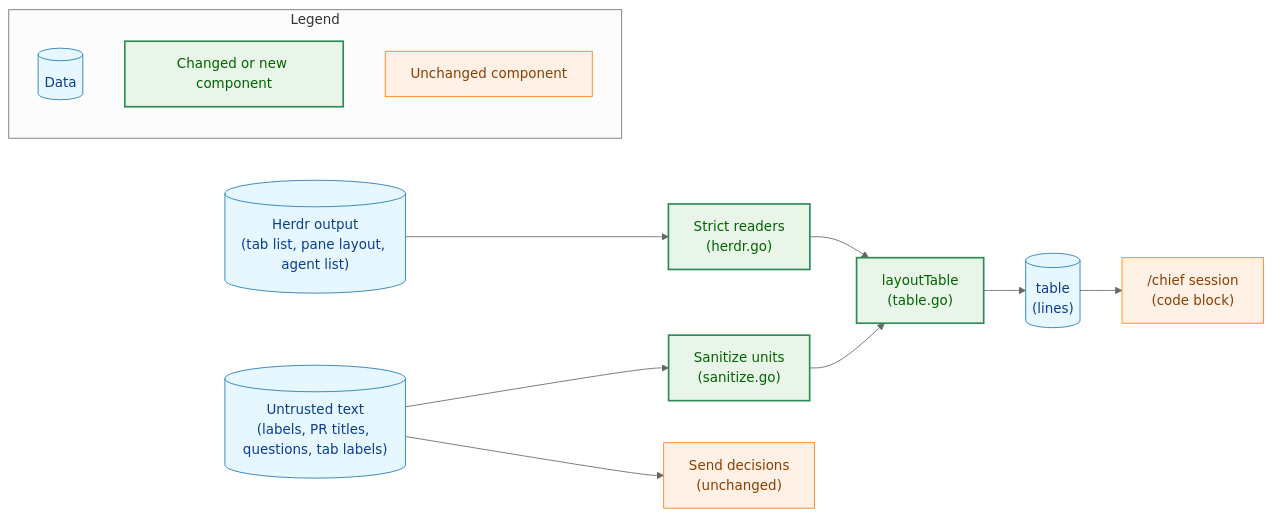
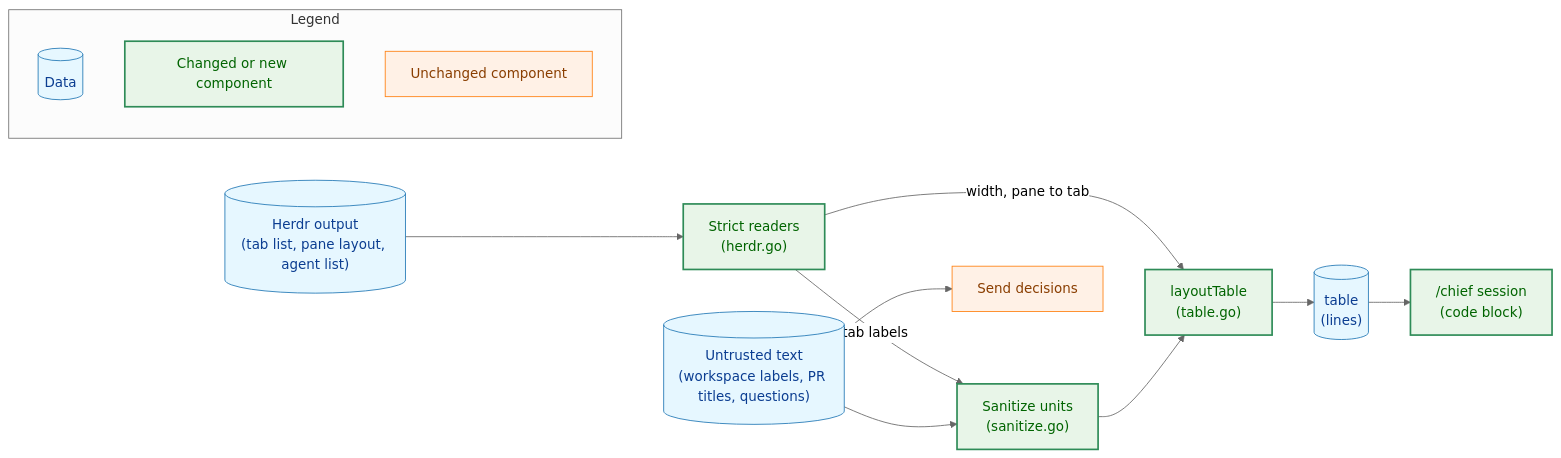
One commit to isseis/yt2column changed the fourth of 5 diagrams in docs/tasks/0102_chief_text_table/02_architecture.md. Above: the diagram before and after it, drawn with Mermaid (neutral theme). The commit also changed other lines of this file and 1 other file, not shown here.

First line of the commit message:
docs(0102): address the review of the architecture

````diff
--- a/docs/tasks/0102_chief_text_table/02_architecture.md
+++ b/docs/tasks/0102_chief_text_table/02_architecture.md
@@ -446,33 +498,35 @@
 ```mermaid
 flowchart LR
     classDef data fill:#e6f7ff,stroke:#1f77b4,stroke-width:1px,color:#0b3d91;
     classDef process fill:#fff1e6,stroke:#ff7f0e,stroke-width:1px,color:#8a3e00;
     classDef enhanced fill:#e8f5e8,stroke:#2e8b57,stroke-width:2px,color:#006400;
-    classDef problem fill:#ffe6e6,stroke:#d62728,stroke-width:2px,color:#7b0000;
 
-    EXT[("Untrusted text<br>(labels, PR titles, questions, tab labels)")]
+    EXT[("Untrusted text<br>(workspace labels, PR titles, questions)")]
     HOUT[("Herdr output<br>(tab list, pane layout, agent list)")]
     STRICT["Strict readers<br>(herdr.go)"]
     SAN["Sanitize units<br>(sanitize.go)"]
     LAY["layoutTable<br>(table.go)"]
     TBL[("table<br>(lines)")]
     SESSION["/chief session<br>(code block)"]
-    SEND["Send decisions<br>(unchanged)"]
+    SEND["Send decisions"]
 
-    HOUT --> STRICT --> LAY
+    HOUT --> STRICT
+    STRICT -->|"tab labels"| SAN
+    STRICT -->|"width, pane to tab"| LAY
     EXT --> SAN --> LAY --> TBL --> SESSION
     EXT --> SEND
 
     class EXT,HOUT,TBL data
     class STRICT,SAN,LAY enhanced
-    class SESSION,SEND process
+    class SESSION enhanced
+    class SEND process
 
     subgraph Legend["Legend"]
         L1[("Data")]
         L2["Changed or new component"]
         L3["Unchanged component"]
     end
     class L1 data
     class L2 enhanced
     class L3 process
 ```
````
